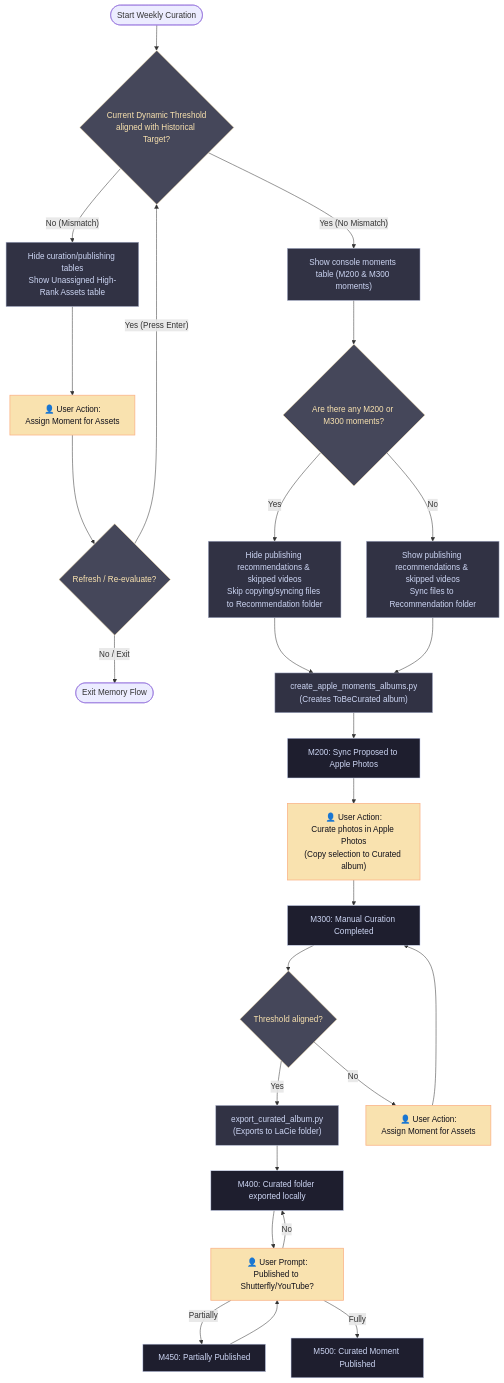
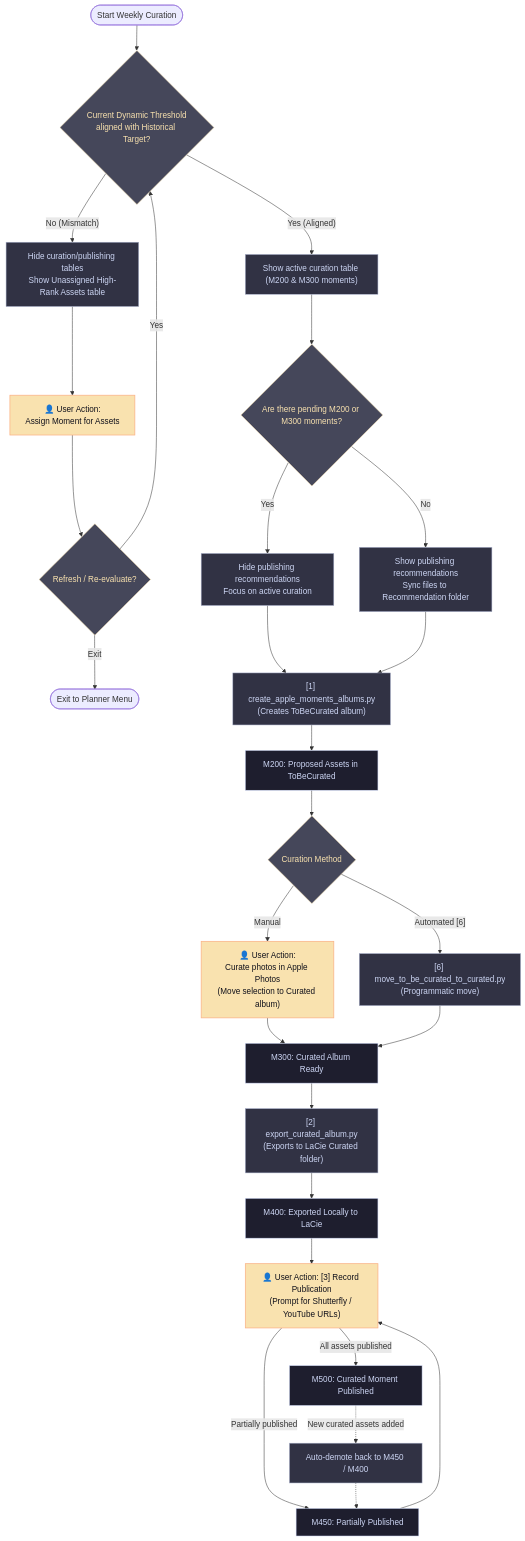
The third of 3 diagrams in docs/pipeline_architecture.md (nickolaycohen/media-organizer-pipeline), drawn with Mermaid before and after one commit. The commit also changed other lines of this file and 2 other files, not shown here.

Commit message:
docs: align architecture diagrams and batch status with current code

````diff
--- a/docs/pipeline_architecture.md
+++ b/docs/pipeline_architecture.md
@@ -81,40 +137,44 @@
 ```mermaid
 flowchart TD
     classDef state fill:#1e1e2e,stroke:#cdd6f4,stroke-width:1px,color:#cdd6f4;
     classDef action fill:#313244,stroke:#a6adc8,stroke-width:1px,color:#cdd6f4;
     classDef prompt fill:#f9e2af,stroke:#fab387,stroke-width:1.5px,color:#11111b;
     classDef decision fill:#45475a,stroke:#f9e2af,stroke-width:1px,color:#f9e2af;
     
     Start([Start Weekly Curation]) --> Dec_Threshold{"Current Dynamic Threshold<br/>aligned with Historical Target?"}:::decision
     
-    Dec_Threshold -- "Yes (No Mismatch)" --> T2_ShowMoments["Show console moments table (M200 & M300 moments)"]:::action
+    Dec_Threshold -- "Yes (Aligned)" --> T2_ShowMoments["Show active curation table (M200 & M300 moments)"]:::action
     Dec_Threshold -- "No (Mismatch)" --> T2_Limited["Hide curation/publishing tables<br/>Show Unassigned High-Rank Assets table"]:::action
     
     T2_Limited --> Act_Assign_Moments["👤 User Action:<br/>Assign Moment for Assets"]:::prompt
     Act_Assign_Moments --> Prompt_Refresh{"Refresh / Re-evaluate?"}:::decision
-    Prompt_Refresh -- "Yes (Press Enter)" --> Dec_Threshold
-    Prompt_Refresh -- "No / Exit" --> Exit_Flow([Exit Memory Flow])
+    Prompt_Refresh -- "Yes" --> Dec_Threshold
+    Prompt_Refresh -- "Exit" --> Exit_Flow([Exit to Planner Menu])
     
-    T2_ShowMoments --> Dec_M200_Exists{"Are there any M200 or M300 moments?"}:::decision
-    Dec_M200_Exists -- "Yes" --> T2_HidePublishing["Hide publishing recommendations & skipped videos<br/>Skip copying/syncing files to Recommendation folder"]:::action
-    Dec_M200_Exists -- "No" --> T2_ShowPublishing["Show publishing recommendations & skipped videos<br/>Sync files to Recommendation folder"]:::action
+    T2_ShowMoments --> Dec_M200_Exists{"Are there pending M200 or M300 moments?"}:::decision
+    Dec_M200_Exists -- "Yes" --> T2_HidePublishing["Hide publishing recommendations<br/>Focus on active curation"]:::action
+    Dec_M200_Exists -- "No" --> T2_ShowPublishing["Show publishing recommendations<br/>Sync files to Recommendation folder"]:::action
     
-    T2_HidePublishing --> Act_Sync["create_apple_moments_albums.py<br/>(Creates ToBeCurated album)"]:::action
+    T2_HidePublishing --> Act_Sync["[1] create_apple_moments_albums.py<br/>(Creates ToBeCurated album)"]:::action
     T2_ShowPublishing --> Act_Sync
     
-    Act_Sync --> T2_M200["M200: Sync Proposed to Apple Photos"]:::state
-    T2_M200 --> Act_Manual["👤 User Action:<br/>Curate photos in Apple Photos<br/>(Copy selection to Curated album)"]:::prompt
-    Act_Manual --> T2_M300["M300: Manual Curation Completed"]:::state
+    Act_Sync --> T2_M200["M200: Proposed Assets in ToBeCurated"]:::state
     
-    T2_M300 --> Dec_Threshold_Curated{"Threshold aligned?"}:::decision
-    Dec_Threshold_Curated -- "Yes" --> Act_Export["export_curated_album.py<br/>(Exports to LaCie folder)"]:::action
-    Dec_Threshold_Curated -- "No" --> Act_Assign_Moments_Curated["👤 User Action:<br/>Assign Moment for Assets"]:::prompt
-    Act_Assign_Moments_Curated --> T2_M300
+    T2_M200 --> Choice_Move{"Curation Method"}:::decision
+    Choice_Move -- "Manual" --> Act_Manual["👤 User Action:<br/>Curate photos in Apple Photos<br/>(Move selection to Curated album)"]:::prompt
+    Choice_Move -- "Automated [6]" --> Act_ProgMove["[6] move_to_be_curated_to_curated.py<br/>(Programmatic move)"]:::action
     
-    Act_Export --> T2_M400["M400: Curated folder exported locally"]:::state
-    T2_M400 --> Prompt_Publish["👤 User Prompt:<br/>Published to Shutterfly/YouTube?"]:::prompt
-    Prompt_Publish -- "Partially" --> T2_M450["M450: Partially Published"]:::state
-    Prompt_Publish -- "Fully" --> T2_M500["M500: Curated Moment Published"]:::state
+    Act_Manual --> T2_M300["M300: Curated Album Ready"]:::state
+    Act_ProgMove --> T2_M300
+    
+    T2_M300 --> Act_Export["[2] export_curated_album.py<br/>(Exports to LaCie Curated folder)"]:::action
+    Act_Export --> T2_M400["M400: Exported Locally to LaCie"]:::state
+    
+    T2_M400 --> Prompt_Publish["👤 User Action: [3] Record Publication<br/>(Prompt for Shutterfly / YouTube URLs)"]:::prompt
+    Prompt_Publish -- "Partially published" --> T2_M450["M450: Partially Published"]:::state
+    Prompt_Publish -- "All assets published" --> T2_M500["M500: Curated Moment Published"]:::state
+    
     T2_M450 --> Prompt_Publish
-    Prompt_Publish -- "No" --> T2_M400
+    T2_M500 -. "New curated assets added" .-> Demote["Auto-demote back to M450 / M400"]:::action
+    Demote -.-> T2_M450
 ```
````
